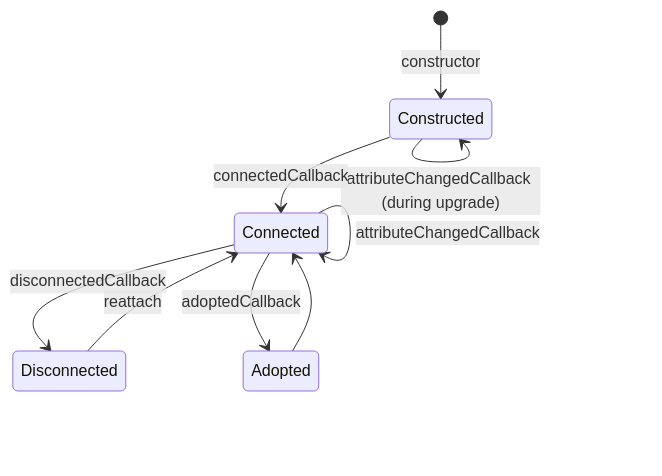
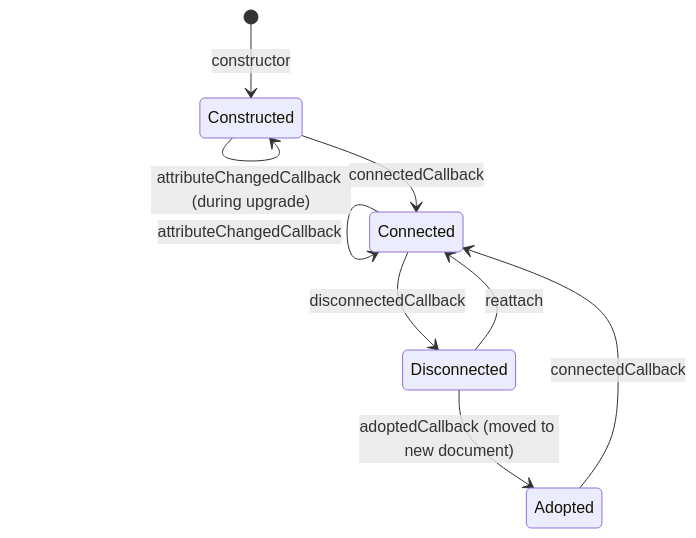
One commit to vabs/vabs.github.io changed the diagram in content/post/custom-elements-lifecycle.md. Above: the diagram before and after it, drawn with Mermaid. The commit also changed other lines of this file and 87 other files, not shown here.

First line of the commit message:
Fix: Readable mermaid diagrams and fact-check blog posts

```diff
--- a/content/post/custom-elements-lifecycle.md
+++ b/content/post/custom-elements-lifecycle.md
@@ -10,11 +10,11 @@
 {{< mermaid >}}
 stateDiagram-v2
   [*] --> Constructed: constructor
   Constructed --> Constructed: attributeChangedCallback (during upgrade)
   Constructed --> Connected: connectedCallback
   Connected --> Connected: attributeChangedCallback
   Connected --> Disconnected: disconnectedCallback
   Disconnected --> Connected: reattach
-  Connected --> Adopted: adoptedCallback
-  Adopted --> Connected
+  Disconnected --> Adopted: adoptedCallback (moved to new document)
+  Adopted --> Connected: connectedCallback
 {{< /mermaid >}}
```
